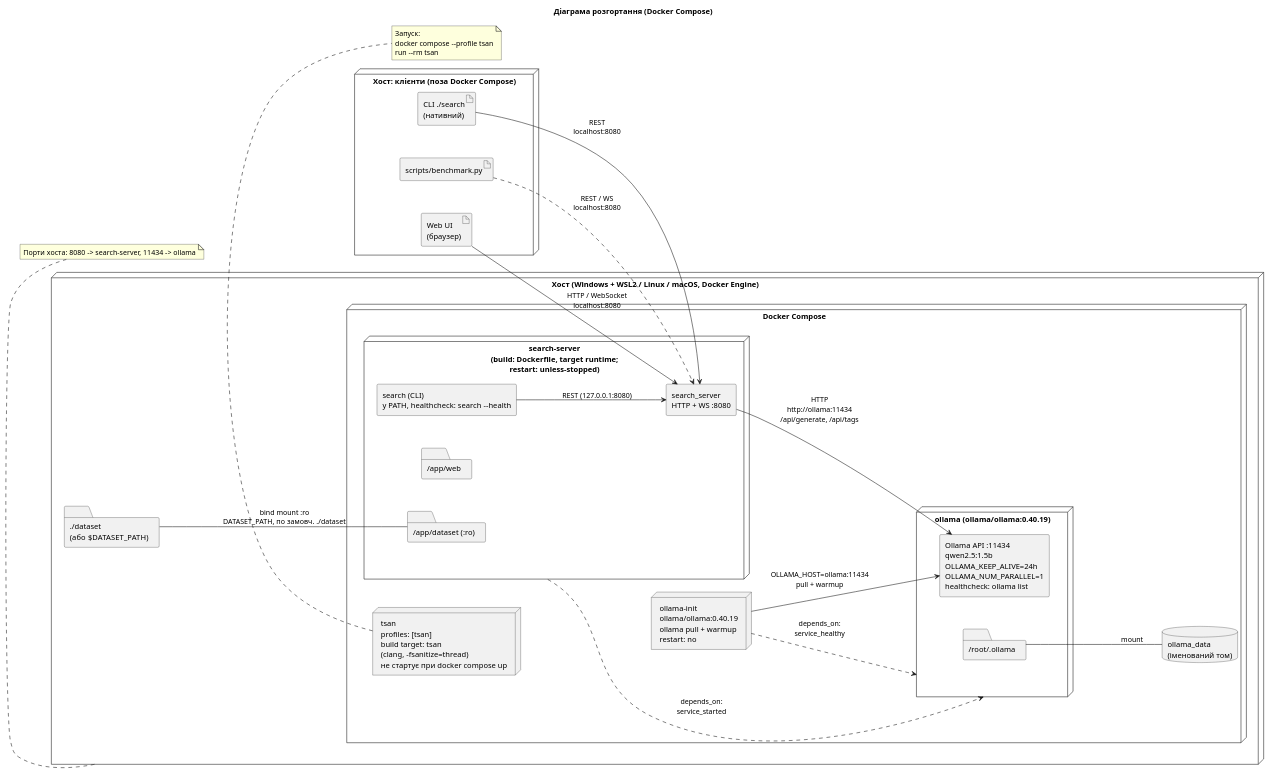
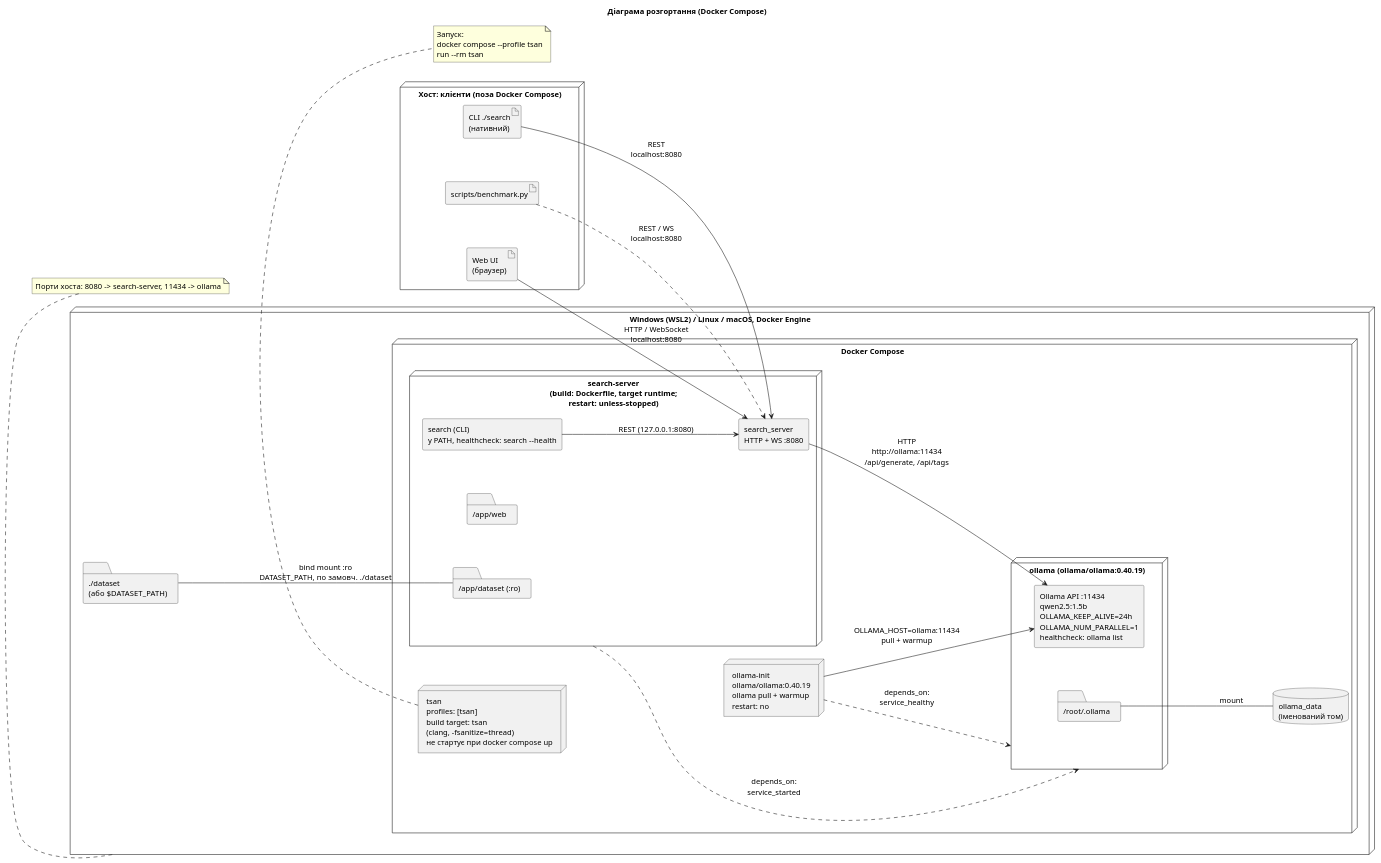
The diagram in docs/uml/deployment.puml (DariaMelnyk0206/course_work_parallel_computing), drawn with PlantUML before and after one commit. The commit also changed 18 other files, not shown here.

Commit message:
docs(uml): make all diagrams readable

```diff
--- a/docs/uml/deployment.puml
+++ b/docs/uml/deployment.puml
@@ -1,60 +1,61 @@
 @startuml deployment
 title Діаграма розгортання (Docker Compose)
 skinparam shadowing false
 skinparam componentStyle rectangle
 left to right direction
-skinparam nodesep 60
-skinparam ranksep 70
+skinparam nodesep 80
+skinparam ranksep 110
+skinparam defaultFontSize 14
 
 node "Хост: клієнти (поза Docker Compose)" as Clients {
   artifact "Web UI\n(браузер)" as Browser
   artifact "CLI ./search\n(нативний)" as CliHost
   artifact "scripts/benchmark.py" as Bench
 }
-node "Хост (Windows + WSL2 / Linux / macOS, Docker Engine)" as Host {
+node "Windows (WSL2) / Linux / macOS, Docker Engine" as Host {
   folder "./dataset\n(або $DATASET_PATH)" as DatasetDir
 
   node "Docker Compose" as Compose {
     node "search-server\n(build: Dockerfile, target runtime;\nrestart: unless-stopped)" as SS {
       component "search_server\nHTTP + WS :8080" as Srv
       component "search (CLI)\nу PATH, healthcheck: search --health" as CliCont
       folder "/app/web" as WebDir
       folder "/app/dataset (:ro)" as DatasetMnt
     }
 
     node "ollama (ollama/ollama:0.40.19)" as Ol {
       component "Ollama API :11434\nqwen2.5:1.5b\nOLLAMA_KEEP_ALIVE=24h\nOLLAMA_NUM_PARALLEL=1\nhealthcheck: ollama list" as OlApi
       folder "/root/.ollama" as OlDir
     }
 
     node "ollama-init\nollama/ollama:0.40.19\nollama pull + warmup\nrestart: no" as Init
 
     node "tsan\nprofiles: [tsan]\nbuild target: tsan\n(clang, -fsanitize=thread)\nне стартує при docker compose up" as Tsan
 
     database "ollama_data\n(іменований том)" as Vol
   }
 }
 
 Browser --> Srv : HTTP / WebSocket\nlocalhost:8080
 CliHost --> Srv : REST\nlocalhost:8080
 Bench ..> Srv : REST / WS\nlocalhost:8080
 
 CliCont --> Srv : REST (127.0.0.1:8080)
 Srv --> OlApi : HTTP\nhttp://ollama:11434\n/api/generate, /api/tags
 Init --> OlApi : OLLAMA_HOST=ollama:11434\npull + warmup
 Init ..> Ol : depends_on:\nservice_healthy
 SS ..> Ol : depends_on:\nservice_started
 
 OlDir -- Vol : mount
 DatasetDir -- DatasetMnt : bind mount :ro\nDATASET_PATH, по замовч. ./dataset
 
 note bottom of Tsan
   Запуск:
   docker compose --profile tsan
   run --rm tsan
 end note
 
 note bottom of Host
   Порти хоста: 8080 -> search-server, 11434 -> ollama
 end note
 @enduml
```
